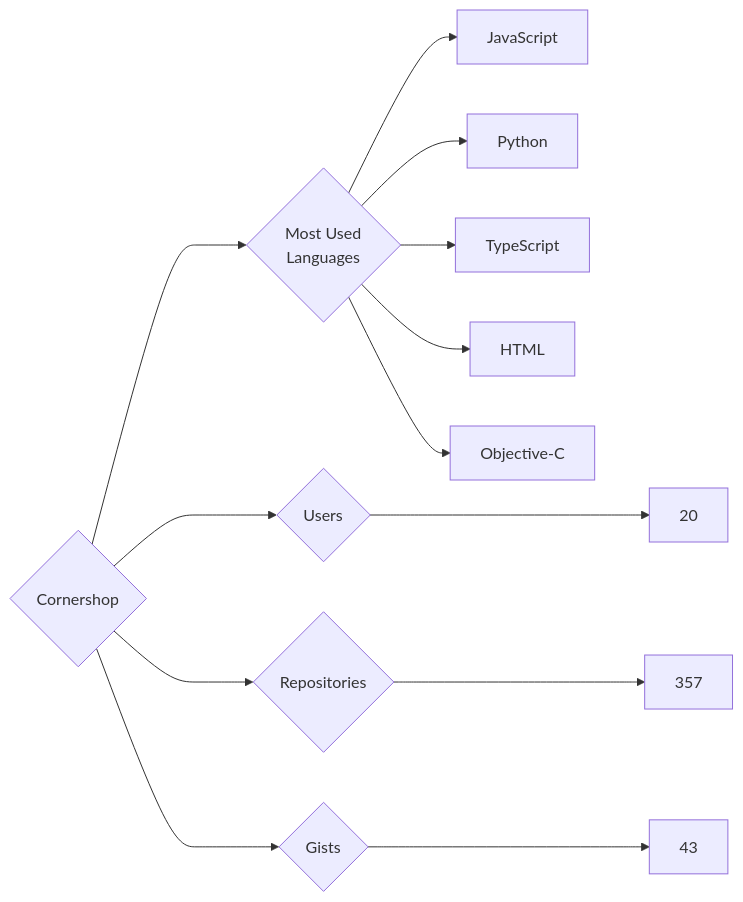
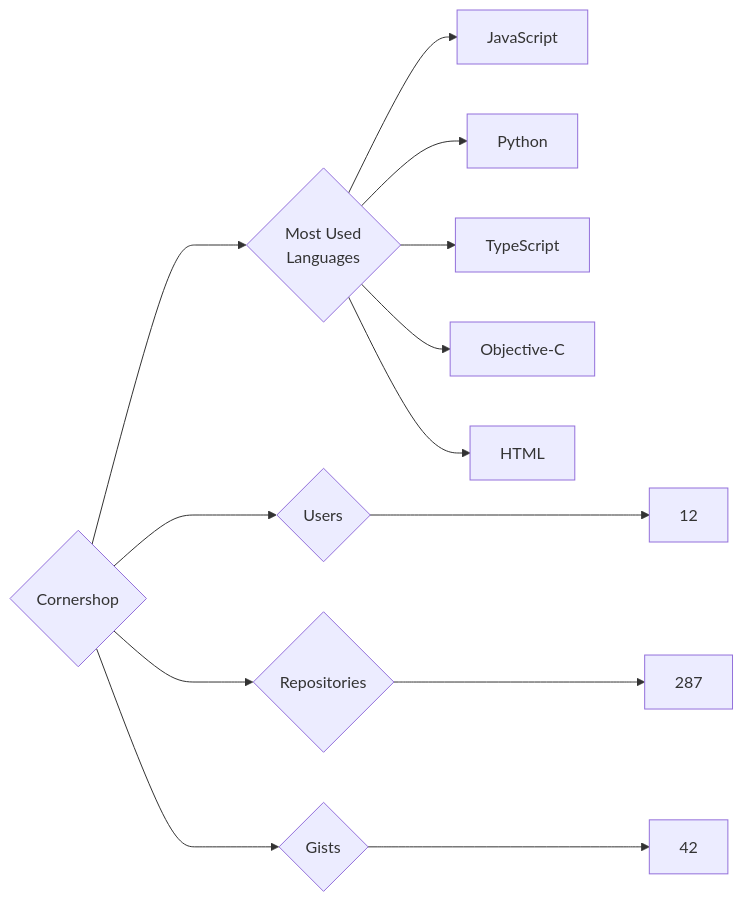
The diagram in targets/Cornershop/README.md (trickest/insiders), drawn with Mermaid before and after one commit. The commit also changed 786 other files, not shown here.

````diff
--- a/targets/Cornershop/README.md
+++ b/targets/Cornershop/README.md
@@ -3,13 +3,13 @@
 ```mermaid
 graph LR
 COMPANY_NAME{Cornershop}
-COMPANY_NAME ---> U{Users} ---> UN[20]
-COMPANY_NAME ---> R{Repositories} ---> RN[357]
-COMPANY_NAME ---> G{Gists} ---> GN[43]
+COMPANY_NAME ---> U{Users} ---> UN[12]
+COMPANY_NAME ---> R{Repositories} ---> RN[287]
+COMPANY_NAME ---> G{Gists} ---> GN[42]
 COMPANY_NAME ---> ML{Most Used<br>Languages}
 ML --> JavaScript[JavaScript]
 ML --> Python[Python]
 ML --> TypeScript[TypeScript]
+ML --> Objective-C[Objective-C]
 ML --> HTML[HTML]
-ML --> Objective-C[Objective-C]
 ```
````
